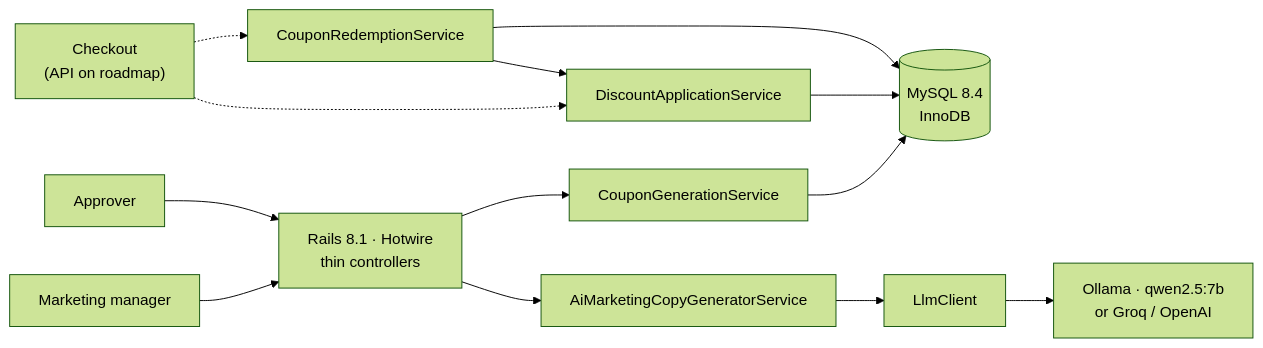
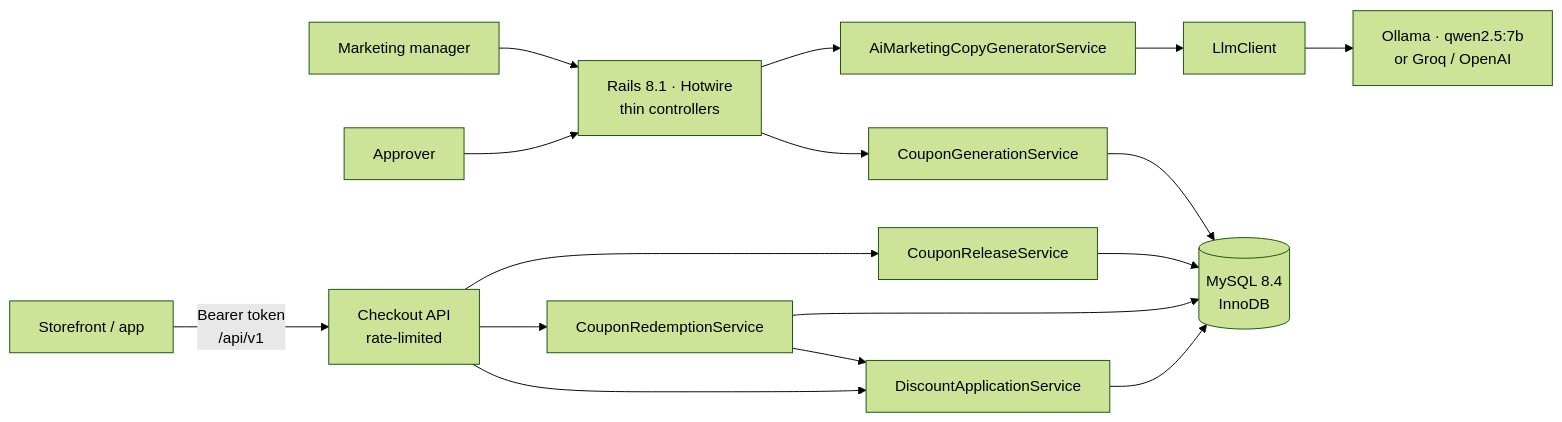
The second of 2 diagrams in README.md (LucasR2D2S/promotion-system), drawn with Mermaid (forest theme) before and after one commit. The commit also changed other lines of this file and 24 other files, not shown here.

First line of the commit message:
feat: add checkout API and order cancellation that releases coupons

````diff
--- a/README.md
+++ b/README.md
@@ -131,14 +183,17 @@
 ```mermaid
 flowchart LR
     MM[Marketing manager] --> UI
     AP[Approver] --> UI
     UI["Rails 8.1 · Hotwire<br/>thin controllers"] --> CGS[CouponGenerationService]
     UI --> AIS[AiMarketingCopyGeneratorService]
-    CO["Checkout<br/>(API on roadmap)"] -.-> DAS[DiscountApplicationService]
-    CO -.-> CRS[CouponRedemptionService]
+    CO[Storefront / app] -->|"Bearer token<br/>/api/v1"| API["Checkout API<br/>rate-limited"]
+    API --> DAS[DiscountApplicationService]
+    API --> CRS[CouponRedemptionService]
+    API --> REL[CouponReleaseService]
     CRS --> DAS
+    REL --> DB
     CGS --> DB[(MySQL 8.4<br/>InnoDB)]
     DAS --> DB
     CRS --> DB
     AIS --> LLM[LlmClient] --> OL["Ollama · qwen2.5:7b<br/>or Groq / OpenAI"]
 ```
````
